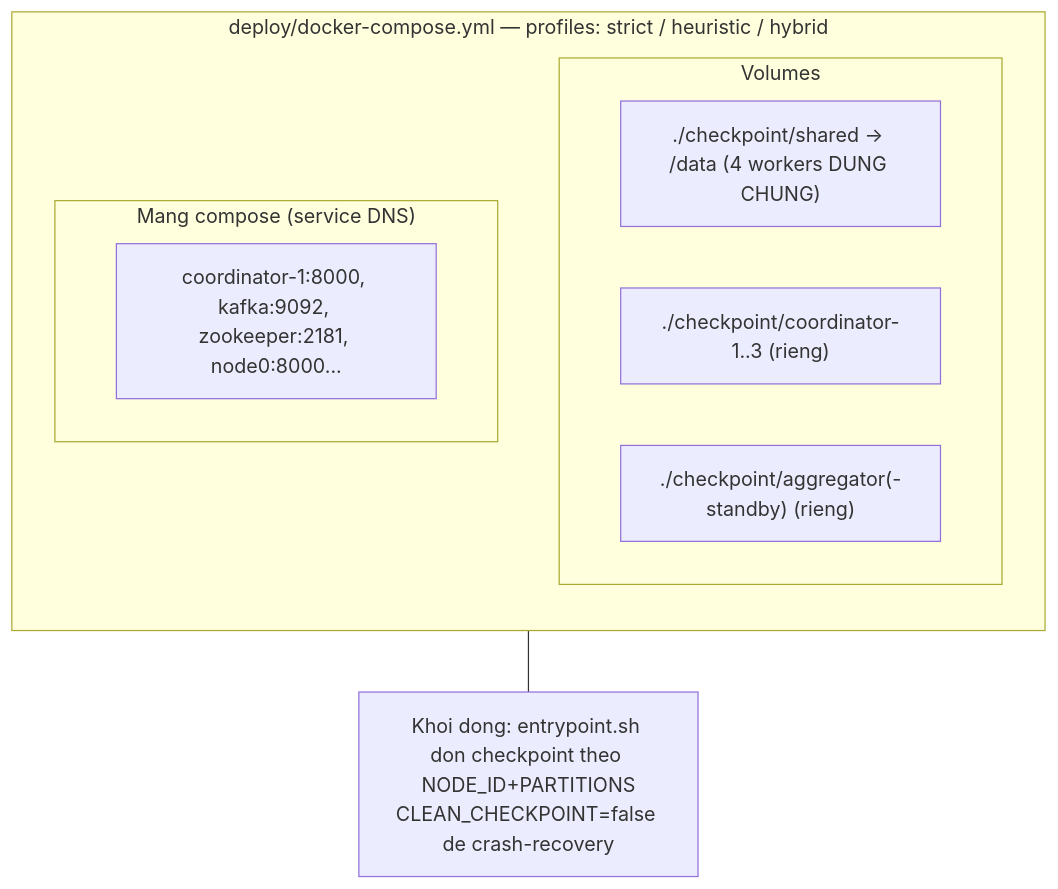
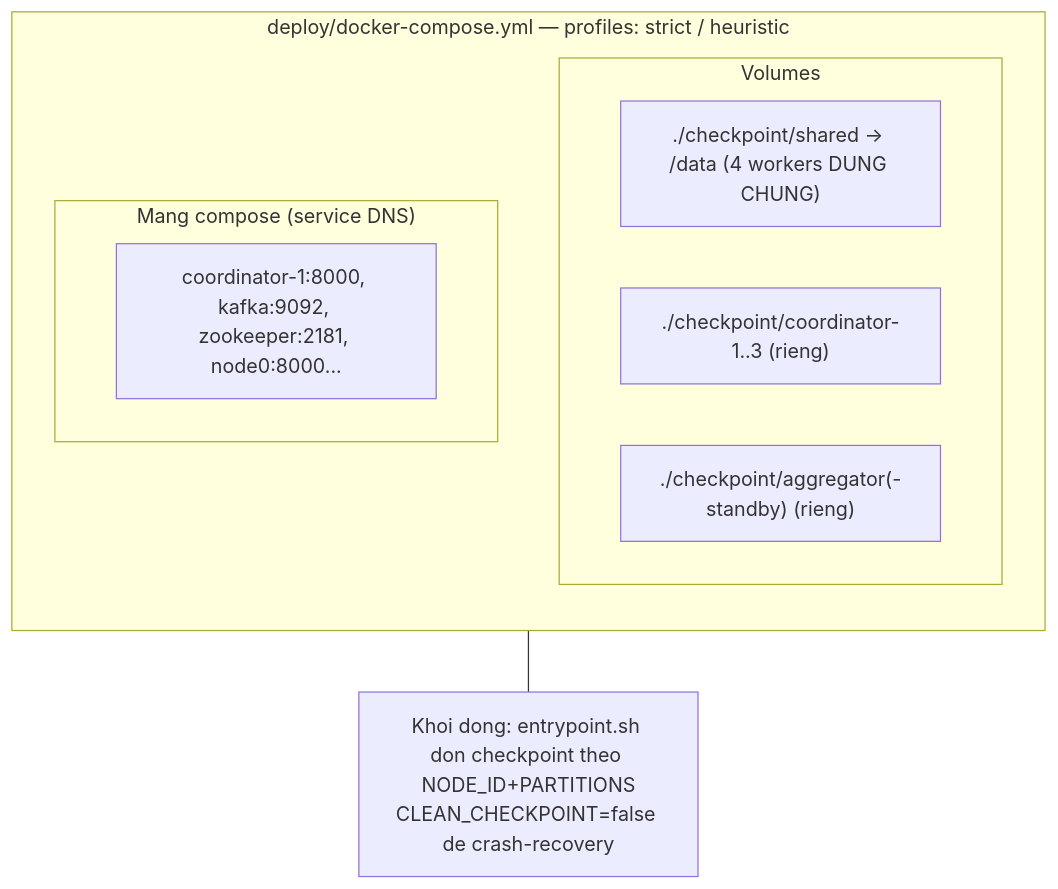
One commit to ldqanh1408/csdlpt changed diagram 15 of 15 in docs/system_architect.md. Above: the diagram before and after it, drawn with Mermaid. The commit also changed 74 other files, not shown here.

````diff
--- a/docs/system_architect.md
+++ b/docs/system_architect.md
@@ -480,16 +480,16 @@
 ```mermaid
 flowchart TB
-    subgraph compose["deploy/docker-compose.yml — profiles: strict / heuristic / hybrid"]
+    subgraph compose["deploy/docker-compose.yml — profiles: strict / heuristic"]
         direction TB
         subgraph vols["Volumes"]
             sv["./checkpoint/shared -> /data (4 workers DUNG CHUNG)"]
             c1v["./checkpoint/coordinator-1..3 (rieng)"]
             aggv["./checkpoint/aggregator(-standby) (rieng)"]
         end
         subgraph net["Mang compose (service DNS)"]
             svc["coordinator-1:8000, kafka:9092, zookeeper:2181, node0:8000..."]
         end
     end
     note1["Khoi dong: entrypoint.sh don checkpoint theo NODE_ID+PARTITIONS<br/>CLEAN_CHECKPOINT=false de crash-recovery"]
     compose --- note1
 ```
````
